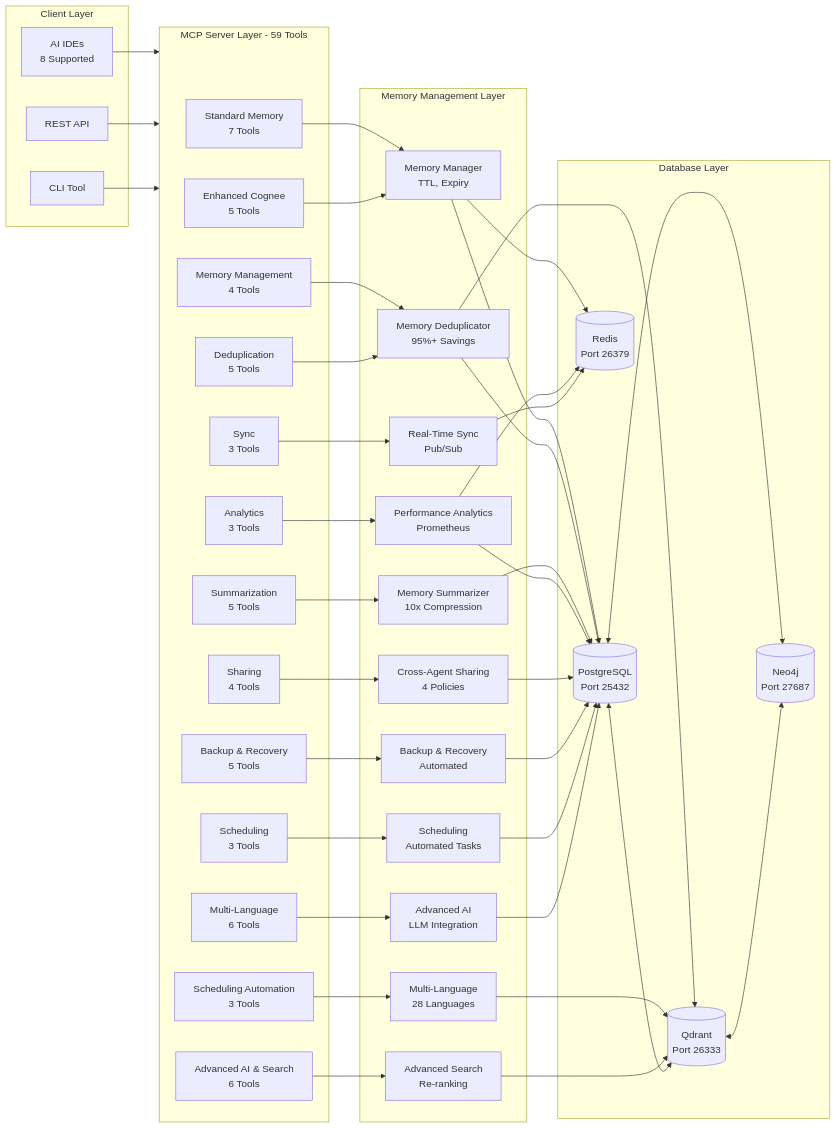
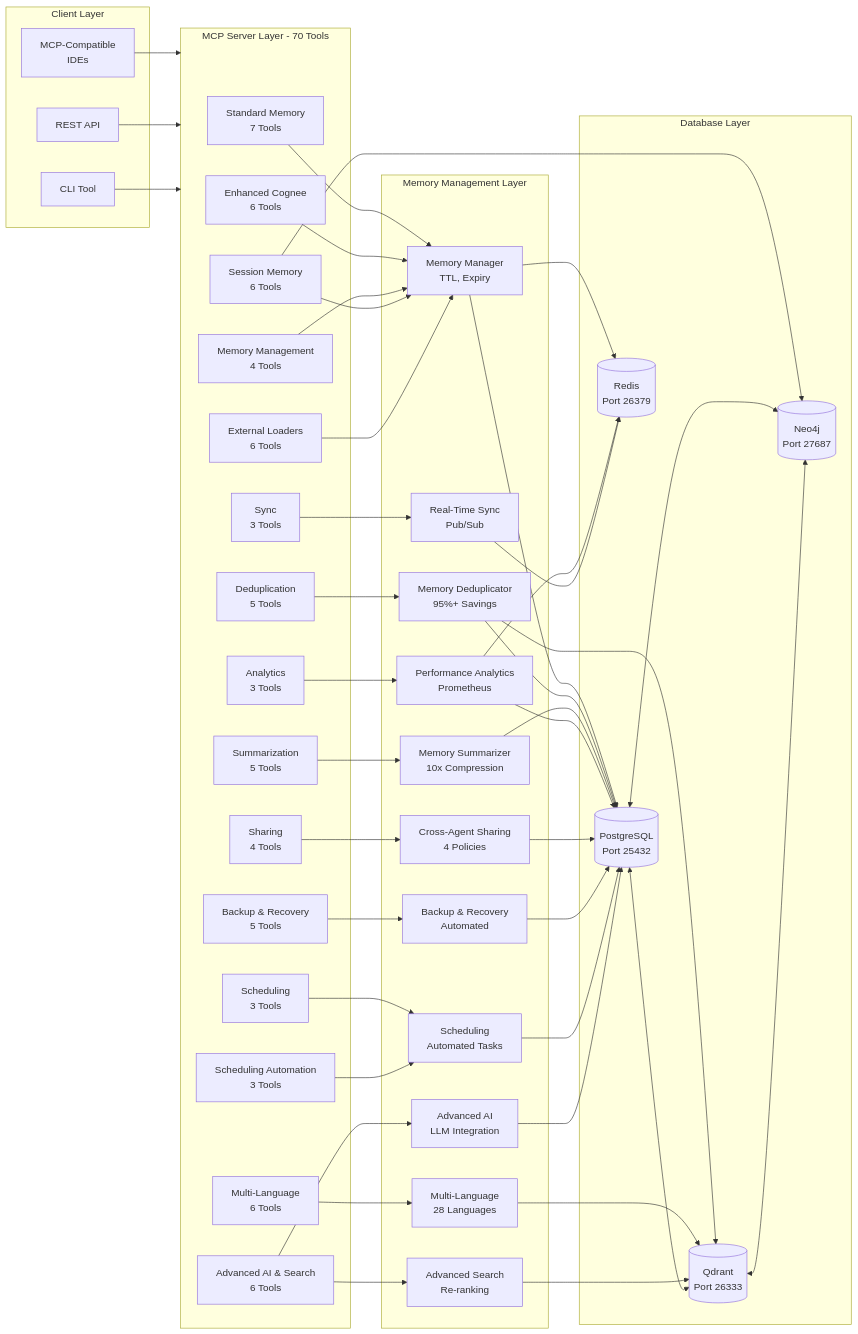
The first of 4 diagrams in README.md (vincentspereira/Enhanced-Cognee), drawn with Mermaid before and after one commit. The commit also changed other lines of this file, not shown here.

First line of the commit message:
docs: update Mermaid diagrams in README for Phase 6 accuracy

````diff
--- a/README.md
+++ b/README.md
@@ -569,14 +569,14 @@
 ```mermaid
 flowchart LR
     subgraph Clients["Client Layer"]
-        AIC[AI IDEs<br/>8 Supported]
+        AIC[MCP-Compatible<br/>IDEs]
         API[REST API]
         CLI[CLI Tool]
     end
 
-    subgraph MCP["MCP Server Layer - 59 Tools"]
+    subgraph MCP["MCP Server Layer - 70 Tools"]
         MCP1[Standard Memory<br/>7 Tools]
-        MCP2[Enhanced Cognee<br/>5 Tools]
+        MCP2[Enhanced Cognee<br/>6 Tools]
         MCP3[Memory Management<br/>4 Tools]
         MCP4[Deduplication<br/>5 Tools]
         MCP5[Summarization<br/>5 Tools]
@@ -588,6 +588,8 @@
         MCP11[Scheduling Automation<br/>3 Tools]
         MCP12[Multi-Language<br/>6 Tools]
         MCP13[Advanced AI & Search<br/>6 Tools]
+        MCP14[Session Memory<br/>6 Tools]
+        MCP15[External Loaders<br/>6 Tools]
     end
 
     subgraph Memory["Memory Management Layer"]
@@ -617,7 +619,7 @@
 
     MCP1 --> MM
     MCP2 --> MM
-    MCP3 --> MD
+    MCP3 --> MM
     MCP4 --> MD
     MCP5 --> MS
     MCP6 --> PA
@@ -625,9 +627,13 @@
     MCP8 --> RTS
     MCP9 --> BR
     MCP10 --> SC
-    MCP11 --> ML
-    MCP12 --> AI
+    MCP11 --> SC
+    MCP12 --> ML
+    MCP13 --> AI
     MCP13 --> AS
+    MCP14 --> MM
+    MCP14 --> N4
+    MCP15 --> MM
 
     MM --> PG
     MM --> RD
````
